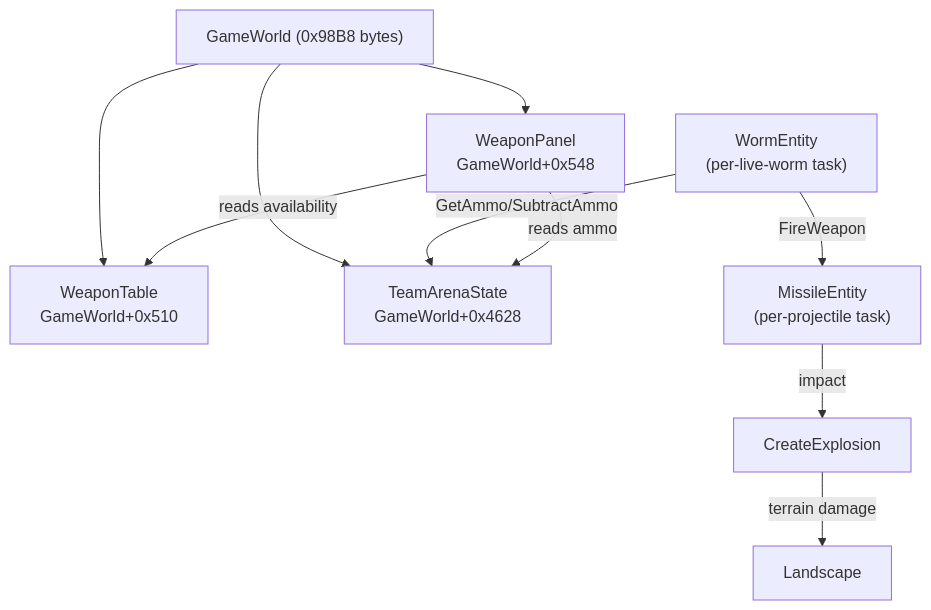
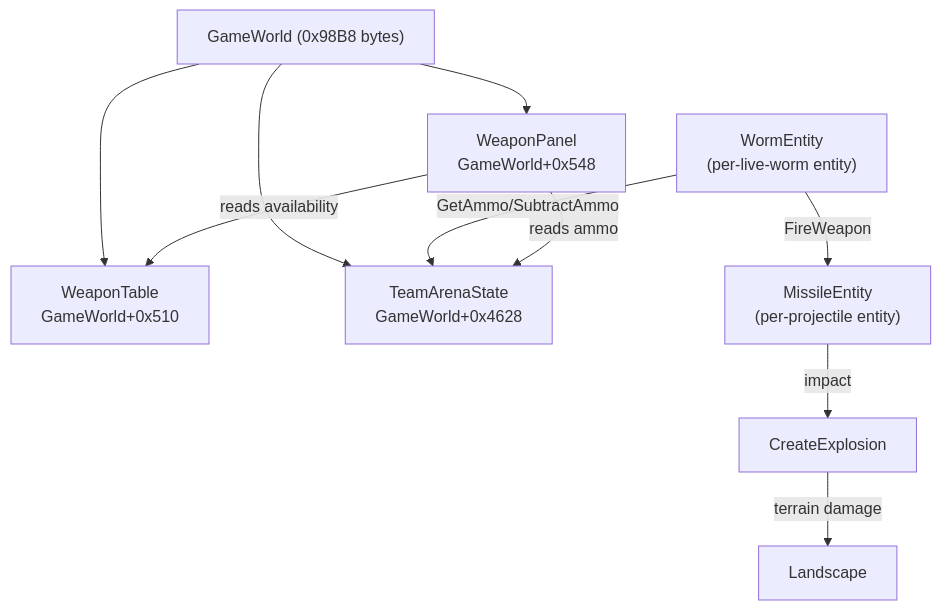
The first of 2 diagrams in docs/re-notes/weapon-system.md (paavohuhtala/OpenWA), drawn with Mermaid before and after one commit. The commit also changed other lines of this file and 69 other files, not shown here.

First line of the commit message:
refactor: rename task → entity throughout codebase

````diff
--- a/docs/re-notes/weapon-system.md
+++ b/docs/re-notes/weapon-system.md
@@ -11,21 +11,21 @@
 ```mermaid
 graph TD
     GameWorld["GameWorld (0x98B8 bytes)"]
     WT["WeaponTable<br/>GameWorld+0x510"]
     TAS["TeamArenaState<br/>GameWorld+0x4628"]
     WP["WeaponPanel<br/>GameWorld+0x548"]
-    CTW["WormEntity<br/>(per-live-worm task)"]
-    CTM["MissileEntity<br/>(per-projectile task)"]
+    CTW["WormEntity<br/>(per-live-worm entity)"]
+    CTM["MissileEntity<br/>(per-projectile entity)"]
     EXP["CreateExplosion"]
     LAND["Landscape"]
 
     GameWorld --> WT
     GameWorld --> TAS
     GameWorld --> WP
     CTW -->|"FireWeapon"| CTM
     CTW -->|"GetAmmo/SubtractAmmo"| TAS
     CTM -->|"impact"| EXP
     EXP -->|"terrain damage"| LAND
     WP -->|"reads availability"| WT
     WP -->|"reads ammo"| TAS
 ```
````
